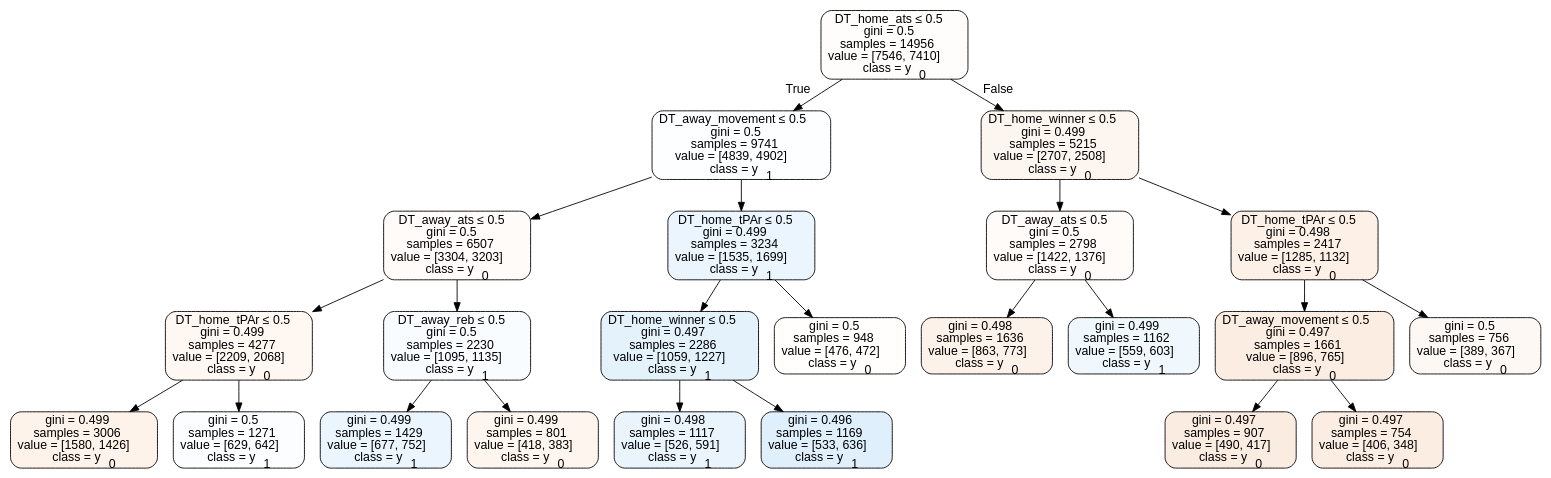
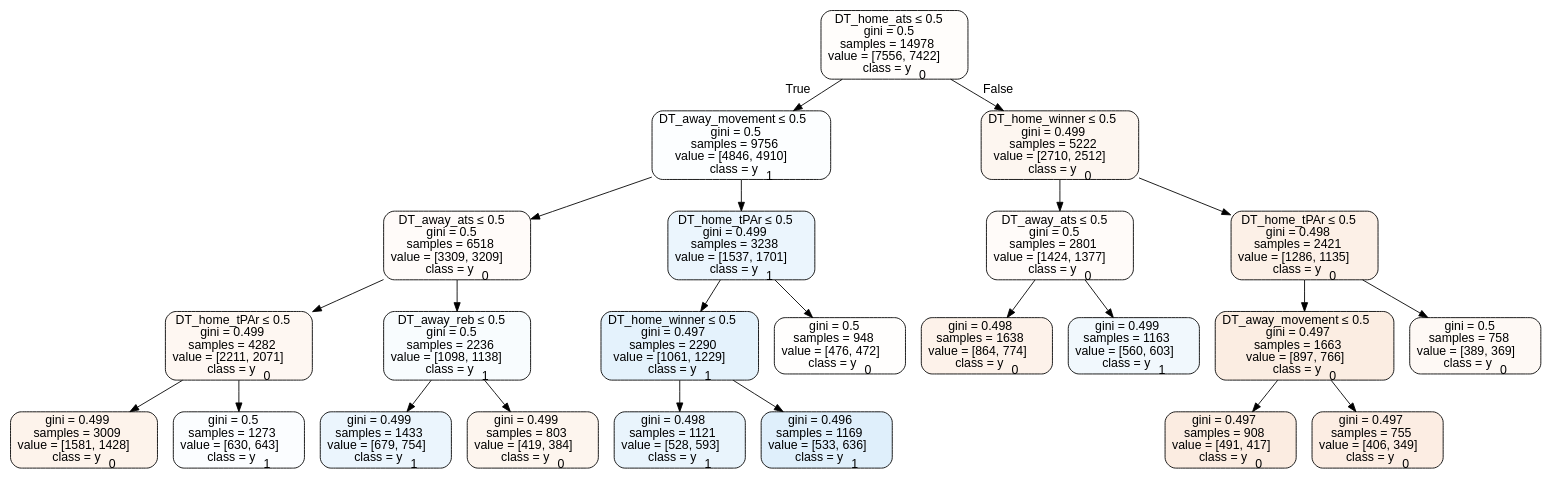
Before and after one commit to usbogie/ncaa-bets: the diagram in Basketball/data/trees/tree2014home.dot, drawn with Graphviz. The commit also changed 29 other files, not shown here.

```diff
--- a/Basketball/data/trees/tree2014home.dot
+++ b/Basketball/data/trees/tree2014home.dot
@@ -1,49 +1,49 @@
 digraph Tree {
 node [shape=box, style="filled, rounded", color="black", fontname=helvetica] ;
 edge [fontname=helvetica] ;
-0 [label=<DT_home_ats &le; 0.5<br/>gini = 0.5<br/>samples = 14956<br/>value = [7546, 7410]<br/>class = y<SUB>0</SUB>>, fillcolor="#e5813905"] ;
-1 [label=<DT_away_movement &le; 0.5<br/>gini = 0.5<br/>samples = 9741<br/>value = [4839, 4902]<br/>class = y<SUB>1</SUB>>, fillcolor="#399de503"] ;
+0 [label=<DT_home_ats &le; 0.5<br/>gini = 0.5<br/>samples = 14978<br/>value = [7556, 7422]<br/>class = y<SUB>0</SUB>>, fillcolor="#e5813905"] ;
+1 [label=<DT_away_movement &le; 0.5<br/>gini = 0.5<br/>samples = 9756<br/>value = [4846, 4910]<br/>class = y<SUB>1</SUB>>, fillcolor="#399de503"] ;
 0 -> 1 [labeldistance=2.5, labelangle=45, headlabel="True"] ;
-2 [label=<DT_away_ats &le; 0.5<br/>gini = 0.5<br/>samples = 6507<br/>value = [3304, 3203]<br/>class = y<SUB>0</SUB>>, fillcolor="#e5813908"] ;
+2 [label=<DT_away_ats &le; 0.5<br/>gini = 0.5<br/>samples = 6518<br/>value = [3309, 3209]<br/>class = y<SUB>0</SUB>>, fillcolor="#e5813908"] ;
 1 -> 2 ;
-3 [label=<DT_home_tPAr &le; 0.5<br/>gini = 0.499<br/>samples = 4277<br/>value = [2209, 2068]<br/>class = y<SUB>0</SUB>>, fillcolor="#e5813910"] ;
+3 [label=<DT_home_tPAr &le; 0.5<br/>gini = 0.499<br/>samples = 4282<br/>value = [2211, 2071]<br/>class = y<SUB>0</SUB>>, fillcolor="#e5813910"] ;
 2 -> 3 ;
-4 [label=<gini = 0.499<br/>samples = 3006<br/>value = [1580, 1426]<br/>class = y<SUB>0</SUB>>, fillcolor="#e5813919"] ;
+4 [label=<gini = 0.499<br/>samples = 3009<br/>value = [1581, 1428]<br/>class = y<SUB>0</SUB>>, fillcolor="#e5813919"] ;
 3 -> 4 ;
-5 [label=<gini = 0.5<br/>samples = 1271<br/>value = [629, 642]<br/>class = y<SUB>1</SUB>>, fillcolor="#399de505"] ;
+5 [label=<gini = 0.5<br/>samples = 1273<br/>value = [630, 643]<br/>class = y<SUB>1</SUB>>, fillcolor="#399de505"] ;
 3 -> 5 ;
-6 [label=<DT_away_reb &le; 0.5<br/>gini = 0.5<br/>samples = 2230<br/>value = [1095, 1135]<br/>class = y<SUB>1</SUB>>, fillcolor="#399de509"] ;
+6 [label=<DT_away_reb &le; 0.5<br/>gini = 0.5<br/>samples = 2236<br/>value = [1098, 1138]<br/>class = y<SUB>1</SUB>>, fillcolor="#399de509"] ;
 2 -> 6 ;
-7 [label=<gini = 0.499<br/>samples = 1429<br/>value = [677, 752]<br/>class = y<SUB>1</SUB>>, fillcolor="#399de519"] ;
+7 [label=<gini = 0.499<br/>samples = 1433<br/>value = [679, 754]<br/>class = y<SUB>1</SUB>>, fillcolor="#399de519"] ;
 6 -> 7 ;
-8 [label=<gini = 0.499<br/>samples = 801<br/>value = [418, 383]<br/>class = y<SUB>0</SUB>>, fillcolor="#e5813915"] ;
+8 [label=<gini = 0.499<br/>samples = 803<br/>value = [419, 384]<br/>class = y<SUB>0</SUB>>, fillcolor="#e5813915"] ;
 6 -> 8 ;
-9 [label=<DT_home_tPAr &le; 0.5<br/>gini = 0.499<br/>samples = 3234<br/>value = [1535, 1699]<br/>class = y<SUB>1</SUB>>, fillcolor="#399de519"] ;
+9 [label=<DT_home_tPAr &le; 0.5<br/>gini = 0.499<br/>samples = 3238<br/>value = [1537, 1701]<br/>class = y<SUB>1</SUB>>, fillcolor="#399de519"] ;
 1 -> 9 ;
-10 [label=<DT_home_winner &le; 0.5<br/>gini = 0.497<br/>samples = 2286<br/>value = [1059, 1227]<br/>class = y<SUB>1</SUB>>, fillcolor="#399de523"] ;
+10 [label=<DT_home_winner &le; 0.5<br/>gini = 0.497<br/>samples = 2290<br/>value = [1061, 1229]<br/>class = y<SUB>1</SUB>>, fillcolor="#399de523"] ;
 9 -> 10 ;
-11 [label=<gini = 0.498<br/>samples = 1117<br/>value = [526, 591]<br/>class = y<SUB>1</SUB>>, fillcolor="#399de51c"] ;
+11 [label=<gini = 0.498<br/>samples = 1121<br/>value = [528, 593]<br/>class = y<SUB>1</SUB>>, fillcolor="#399de51c"] ;
 10 -> 11 ;
 12 [label=<gini = 0.496<br/>samples = 1169<br/>value = [533, 636]<br/>class = y<SUB>1</SUB>>, fillcolor="#399de529"] ;
 10 -> 12 ;
 13 [label=<gini = 0.5<br/>samples = 948<br/>value = [476, 472]<br/>class = y<SUB>0</SUB>>, fillcolor="#e5813902"] ;
 9 -> 13 ;
-14 [label=<DT_home_winner &le; 0.5<br/>gini = 0.499<br/>samples = 5215<br/>value = [2707, 2508]<br/>class = y<SUB>0</SUB>>, fillcolor="#e5813913"] ;
+14 [label=<DT_home_winner &le; 0.5<br/>gini = 0.499<br/>samples = 5222<br/>value = [2710, 2512]<br/>class = y<SUB>0</SUB>>, fillcolor="#e5813913"] ;
 0 -> 14 [labeldistance=2.5, labelangle=-45, headlabel="False"] ;
-15 [label=<DT_away_ats &le; 0.5<br/>gini = 0.5<br/>samples = 2798<br/>value = [1422, 1376]<br/>class = y<SUB>0</SUB>>, fillcolor="#e5813908"] ;
+15 [label=<DT_away_ats &le; 0.5<br/>gini = 0.5<br/>samples = 2801<br/>value = [1424, 1377]<br/>class = y<SUB>0</SUB>>, fillcolor="#e5813908"] ;
 14 -> 15 ;
-16 [label=<gini = 0.498<br/>samples = 1636<br/>value = [863, 773]<br/>class = y<SUB>0</SUB>>, fillcolor="#e581391b"] ;
+16 [label=<gini = 0.498<br/>samples = 1638<br/>value = [864, 774]<br/>class = y<SUB>0</SUB>>, fillcolor="#e581391b"] ;
 15 -> 16 ;
-17 [label=<gini = 0.499<br/>samples = 1162<br/>value = [559, 603]<br/>class = y<SUB>1</SUB>>, fillcolor="#399de513"] ;
+17 [label=<gini = 0.499<br/>samples = 1163<br/>value = [560, 603]<br/>class = y<SUB>1</SUB>>, fillcolor="#399de512"] ;
 15 -> 17 ;
-18 [label=<DT_home_tPAr &le; 0.5<br/>gini = 0.498<br/>samples = 2417<br/>value = [1285, 1132]<br/>class = y<SUB>0</SUB>>, fillcolor="#e581391e"] ;
+18 [label=<DT_home_tPAr &le; 0.5<br/>gini = 0.498<br/>samples = 2421<br/>value = [1286, 1135]<br/>class = y<SUB>0</SUB>>, fillcolor="#e581391e"] ;
 14 -> 18 ;
-19 [label=<DT_away_movement &le; 0.5<br/>gini = 0.497<br/>samples = 1661<br/>value = [896, 765]<br/>class = y<SUB>0</SUB>>, fillcolor="#e5813925"] ;
+19 [label=<DT_away_movement &le; 0.5<br/>gini = 0.497<br/>samples = 1663<br/>value = [897, 766]<br/>class = y<SUB>0</SUB>>, fillcolor="#e5813925"] ;
 18 -> 19 ;
-20 [label=<gini = 0.497<br/>samples = 907<br/>value = [490, 417]<br/>class = y<SUB>0</SUB>>, fillcolor="#e5813926"] ;
+20 [label=<gini = 0.497<br/>samples = 908<br/>value = [491, 417]<br/>class = y<SUB>0</SUB>>, fillcolor="#e5813926"] ;
 19 -> 20 ;
-21 [label=<gini = 0.497<br/>samples = 754<br/>value = [406, 348]<br/>class = y<SUB>0</SUB>>, fillcolor="#e5813924"] ;
+21 [label=<gini = 0.497<br/>samples = 755<br/>value = [406, 349]<br/>class = y<SUB>0</SUB>>, fillcolor="#e5813924"] ;
 19 -> 21 ;
-22 [label=<gini = 0.5<br/>samples = 756<br/>value = [389, 367]<br/>class = y<SUB>0</SUB>>, fillcolor="#e581390e"] ;
+22 [label=<gini = 0.5<br/>samples = 758<br/>value = [389, 369]<br/>class = y<SUB>0</SUB>>, fillcolor="#e581390d"] ;
 18 -> 22 ;
 }
```
